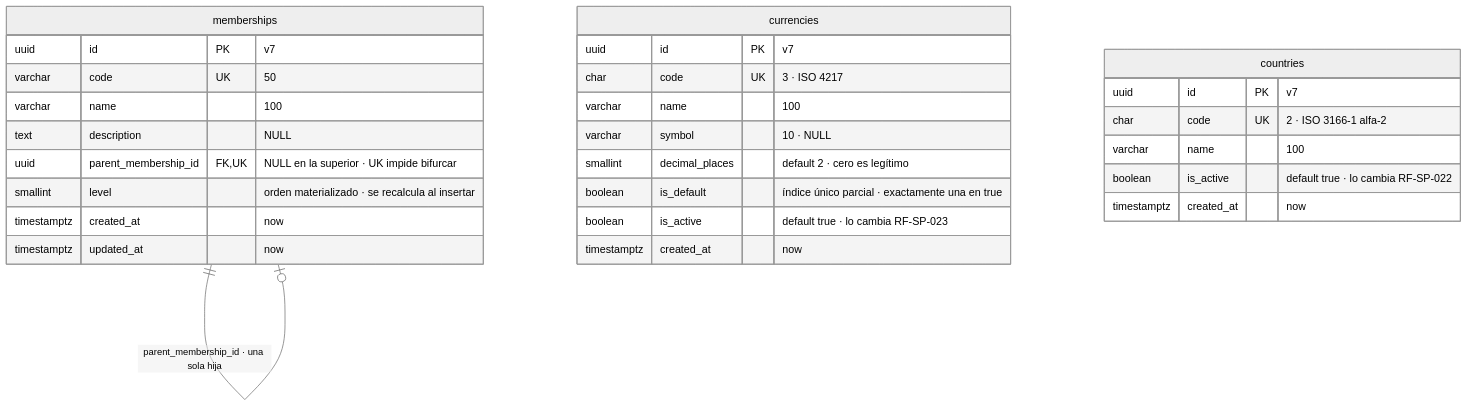
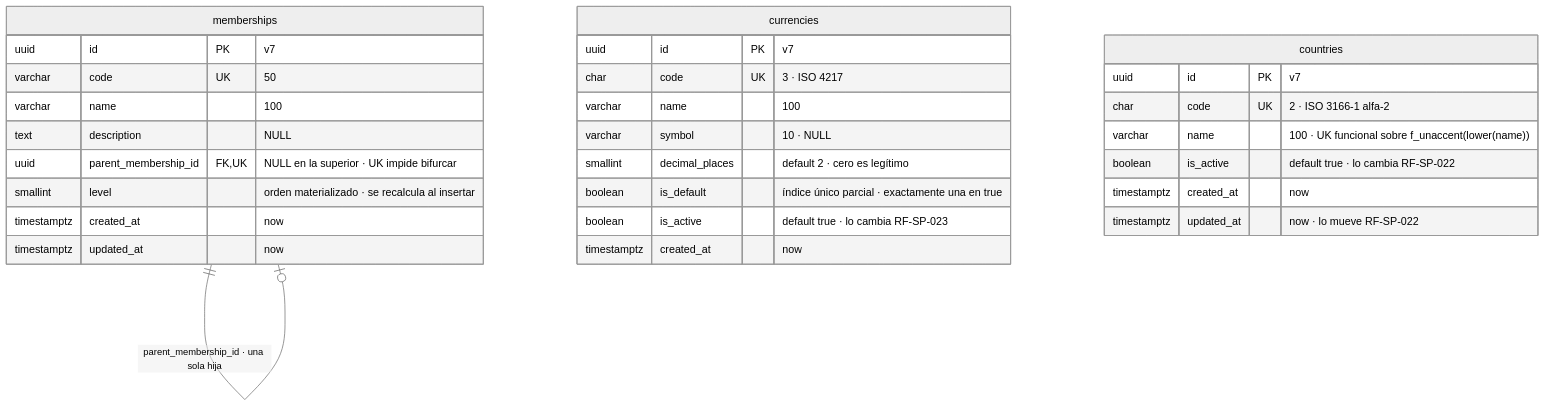
Before and after one commit to NexusPro-Dev/backend: the second of 4 diagrams in docs/modelo-datos.md, drawn with Mermaid (neutral theme). The commit also changed other lines of this file and 77 other files, not shown here.

````diff
--- a/docs/modelo-datos.md
+++ b/docs/modelo-datos.md
@@ -108,34 +114,35 @@
 ```mermaid
 erDiagram
     memberships ||--o| memberships : "parent_membership_id · una sola hija"
 
     memberships {
         uuid id PK "v7"
         varchar code UK "50"
         varchar name "100"
         text description "NULL"
         uuid parent_membership_id FK,UK "NULL en la superior · UK impide bifurcar"
         smallint level "orden materializado · se recalcula al insertar"
         timestamptz created_at "now"
         timestamptz updated_at "now"
     }
 
     currencies {
         uuid id PK "v7"
         char code UK "3 · ISO 4217"
         varchar name "100"
         varchar symbol "10 · NULL"
         smallint decimal_places "default 2 · cero es legítimo"
         boolean is_default "índice único parcial · exactamente una en true"
         boolean is_active "default true · lo cambia RF-SP-023"
         timestamptz created_at "now"
     }
 
     countries {
         uuid id PK "v7"
         char code UK "2 · ISO 3166-1 alfa-2"
-        varchar name "100"
+        varchar name "100 · UK funcional sobre f_unaccent(lower(name))"
         boolean is_active "default true · lo cambia RF-SP-022"
         timestamptz created_at "now"
+        timestamptz updated_at "now · lo mueve RF-SP-022"
     }
 ```
````
